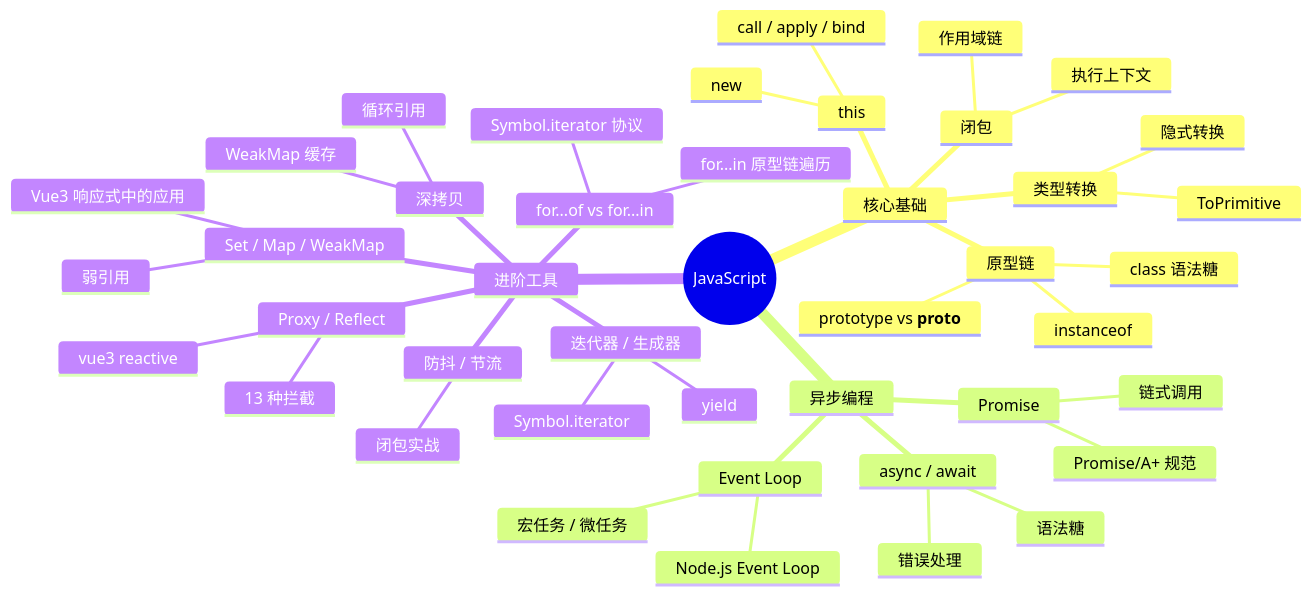
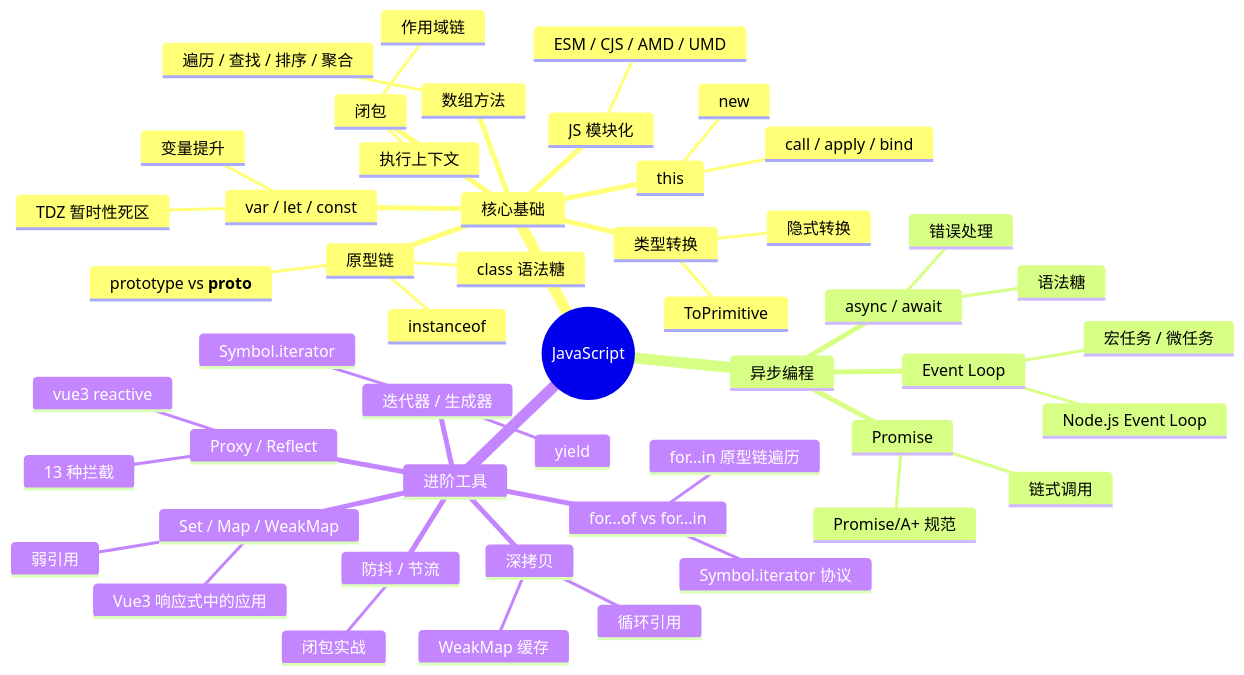
The diagram in docs/JavaScript/index.md (zjh42139/interview-notes), drawn with Mermaid before and after one commit. The commit also changed other lines of this file and 54 other files, not shown here.

````diff
--- a/docs/JavaScript/index.md
+++ b/docs/JavaScript/index.md
@@ -9,46 +9,53 @@
 ```mermaid
 mindmap
   root((JavaScript))
     核心基础
       this
         call / apply / bind
         new
       原型链
         prototype vs __proto__
         instanceof
         class 语法糖
       闭包
         作用域链
         执行上下文
+      var / let / const
+        变量提升
+        TDZ 暂时性死区
       类型转换
         隐式转换
         ToPrimitive
+      数组方法
+        遍历 / 查找 / 排序 / 聚合
+      JS 模块化
+        ESM / CJS / AMD / UMD
     异步编程
       Promise
         链式调用
         Promise/A+ 规范
       async / await
         语法糖
         错误处理
       Event Loop
         宏任务 / 微任务
         Node.js Event Loop
     进阶工具
       Set / Map / WeakMap
         弱引用
         Vue3 响应式中的应用
       Proxy / Reflect
         13 种拦截
         vue3 reactive
       深拷贝
         循环引用
         WeakMap 缓存
       防抖 / 节流
         闭包实战
       for...of vs for...in
         Symbol.iterator 协议
         for...in 原型链遍历
       迭代器 / 生成器
         Symbol.iterator
         yield
 ```
````
